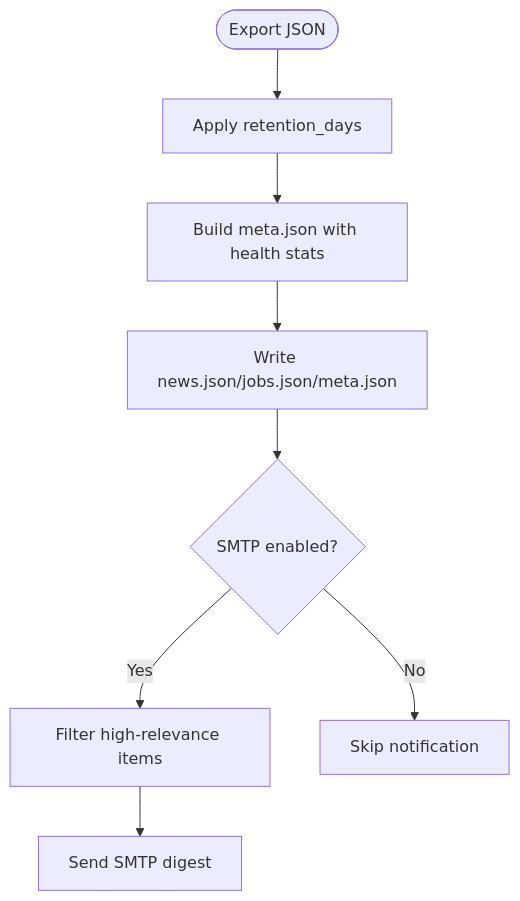
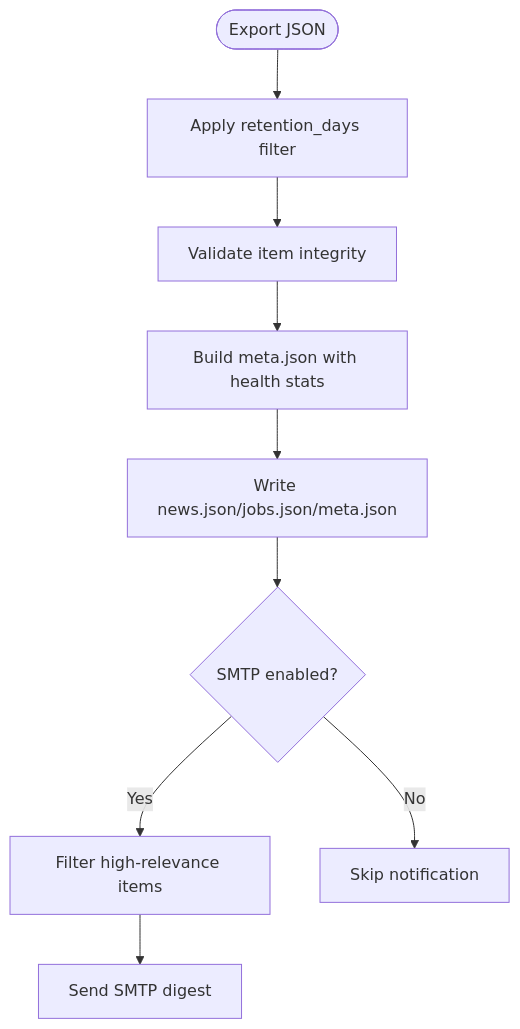
One commit to shakthi-vinayak/news changed the fifth of 6 diagrams in .qoder/repowiki/en/content/Project Overview/Key Features.md. Above: the diagram before and after it, drawn with Mermaid. The commit also changed other lines of this file and 37 other files, not shown here.

````diff
--- a/.qoder/repowiki/en/content/Project Overview/Key Features.md
+++ b/.qoder/repowiki/en/content/Project Overview/Key Features.md
@@ -246,10 +261,11 @@
 ```mermaid
 flowchart TD
-RStart(["Export JSON"]) --> Ret["Apply retention_days"]
-Ret --> BuildMeta["Build meta.json with health stats"]
+RStart(["Export JSON"]) --> Ret["Apply retention_days filter"]
+Ret --> Validate["Validate item integrity"]
+Validate --> BuildMeta["Build meta.json with health stats"]
 BuildMeta --> WriteOut["Write news.json/jobs.json/meta.json"]
 WriteOut --> Notify{"SMTP enabled?"}
 Notify --> |Yes| Filter["Filter high-relevance items"]
 Filter --> Send["Send SMTP digest"]
 Notify --> |No| Skip["Skip notification"]
 ```
````
